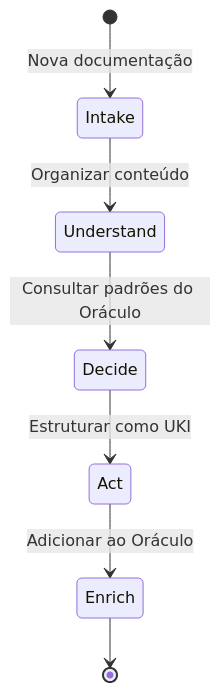
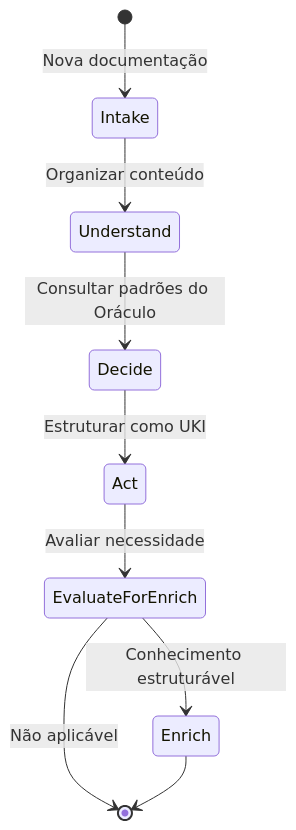
The second of 14 diagrams in ZWF_ZION_WORKFLOW_FRAMEWORK.md (netomantonio/matrix-protocol), drawn with Mermaid before and after one commit. The commit also changed other lines of this file, not shown here.

````diff
--- a/ZWF_ZION_WORKFLOW_FRAMEWORK.md
+++ b/ZWF_ZION_WORKFLOW_FRAMEWORK.md
@@ -726,9 +987,11 @@
 ```mermaid
 stateDiagram-v2
     [*] --> Intake: Nova documentação
     Intake --> Understand: Organizar conteúdo
     Understand --> Decide: Consultar padrões do Oráculo
     Decide --> Act: Estruturar como UKI
-    Act --> Enrich: Adicionar ao Oráculo
+    Act --> EvaluateForEnrich: Avaliar necessidade
+    EvaluateForEnrich --> Enrich: Conhecimento estruturável
+    EvaluateForEnrich --> [*]: Não aplicável
     Enrich --> [*]
 ```
````
